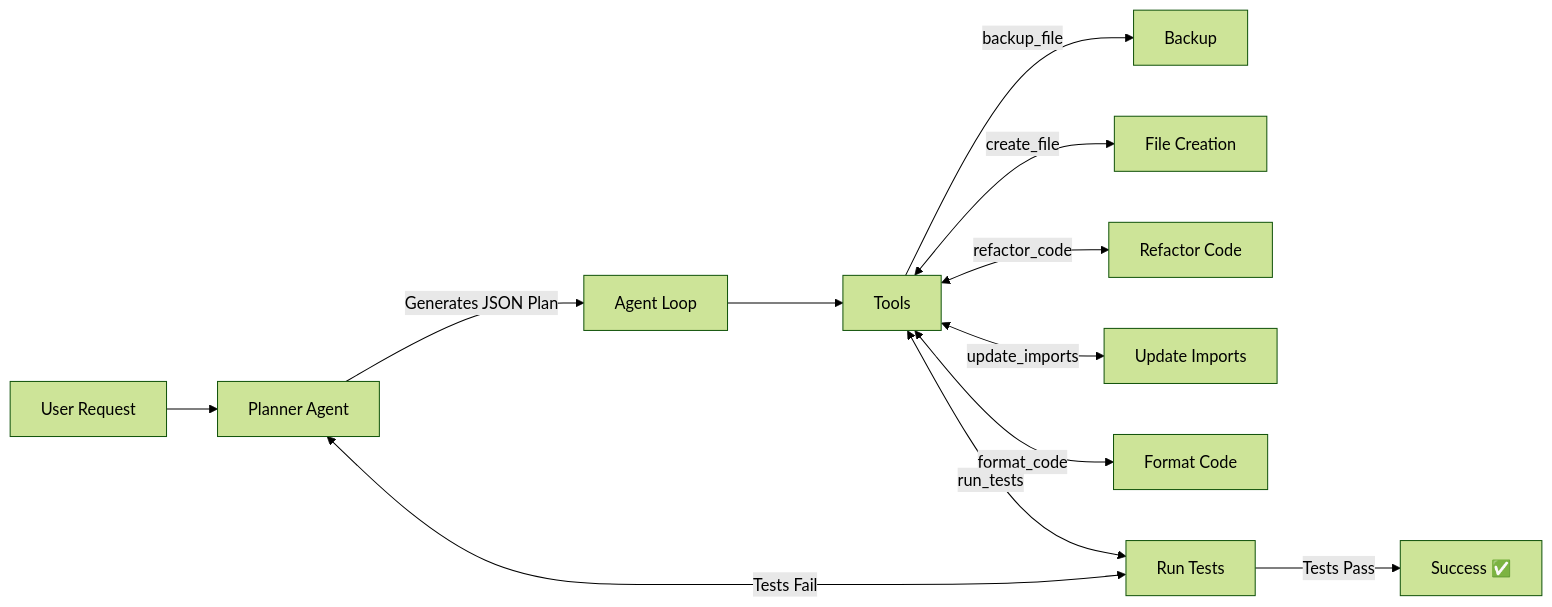
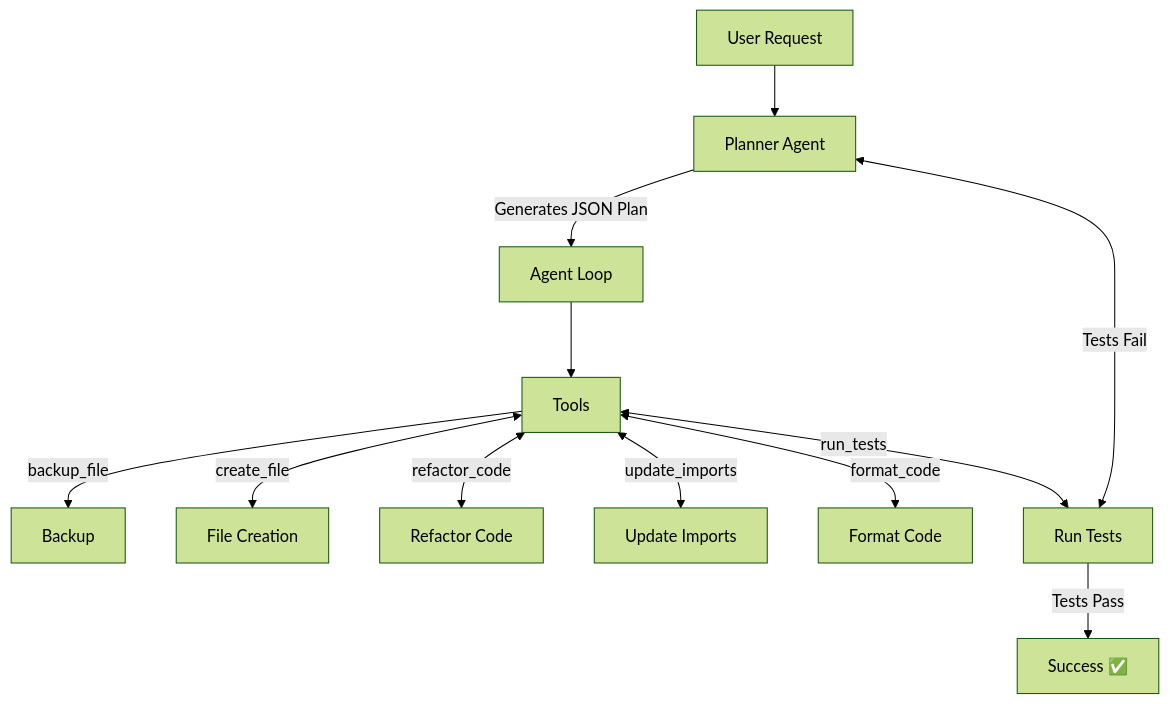
Before and after one commit to Perpetue237/agentsculptor: the diagram in README.md, drawn with Mermaid (forest theme).

````diff
--- a/README.md
+++ b/README.md
@@ -301,14 +301,14 @@
 ``` mermaid
-flowchart LR
+flowchart TD
     A[User Request] --> B[Planner Agent]
     B -->|Generates JSON Plan| C[Agent Loop]
     C --> D[Tools]
     D -->|backup_file| D1[Backup]
     D <-->|create_file| D2[File Creation]
     D <-->|refactor_code| D3[Refactor Code]
     D <-->|update_imports| D4[Update Imports]
     D <-->|format_code| D5[Format Code]
     D <-->|run_tests| D6[Run Tests]
     D6 <-->|Tests Fail| B
     D6 -->|Tests Pass| E[Success ✅]
 ```
````
